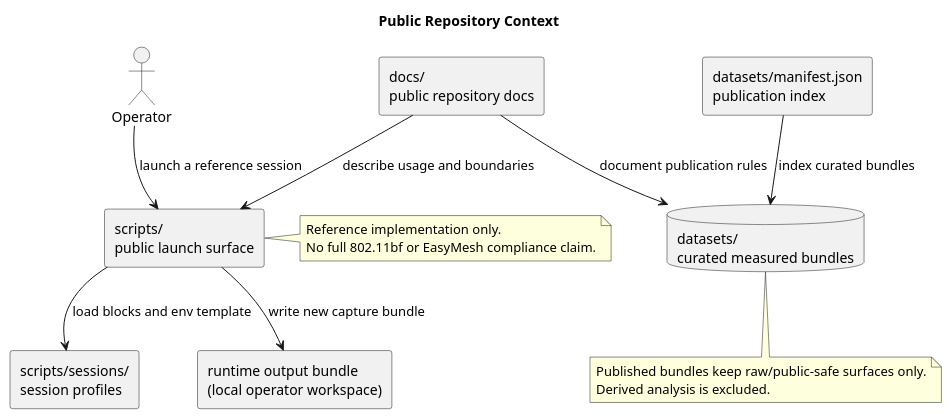
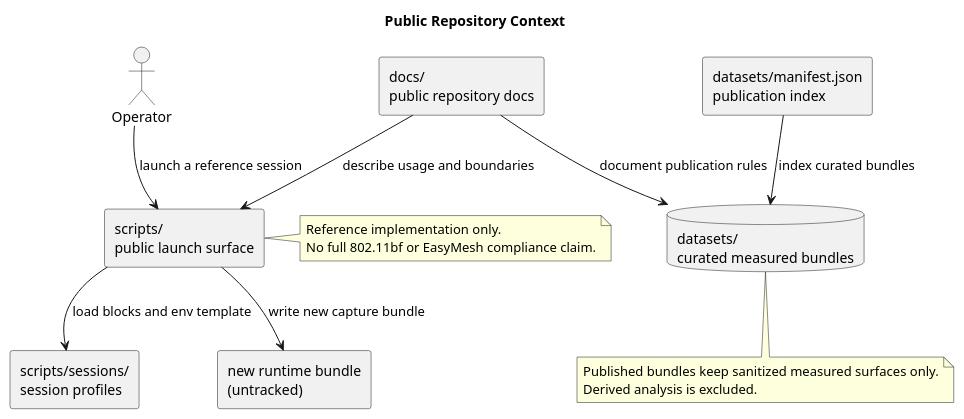
The diagram in docs/architecture/diagrams/public-repo-context.puml (Sage-Cat/cwslab-public-experiments-data), drawn with PlantUML before and after one commit. The commit also changed 62 other files, not shown here.

```diff
--- a/docs/architecture/diagrams/public-repo-context.puml
+++ b/docs/architecture/diagrams/public-repo-context.puml
@@ -1,33 +1,33 @@
 @startuml
 title Public Repository Context
 
 skinparam backgroundColor white
 skinparam componentStyle rectangle
 skinparam shadowing false
 
 actor Operator
 component "scripts/\npublic launch surface" as Scripts
 component "scripts/sessions/\nsession profiles" as Profiles
-component "runtime output bundle\n(local operator workspace)" as RuntimeBundle
+component "new runtime bundle\n(untracked)" as RuntimeBundle
 database "datasets/\ncurated measured bundles" as Datasets
 component "datasets/manifest.json\npublication index" as Manifest
 component "docs/\npublic repository docs" as Docs
 
 Operator --> Scripts : launch a reference session
 Scripts --> Profiles : load blocks and env template
 Scripts --> RuntimeBundle : write new capture bundle
 Docs --> Scripts : describe usage and boundaries
 Docs --> Datasets : document publication rules
 Manifest --> Datasets : index curated bundles
 
 note right of Scripts
 Reference implementation only.
 No full 802.11bf or EasyMesh compliance claim.
 end note
 
 note bottom of Datasets
-Published bundles keep raw/public-safe surfaces only.
+Published bundles keep sanitized measured surfaces only.
 Derived analysis is excluded.
 end note
 
 @enduml
```
